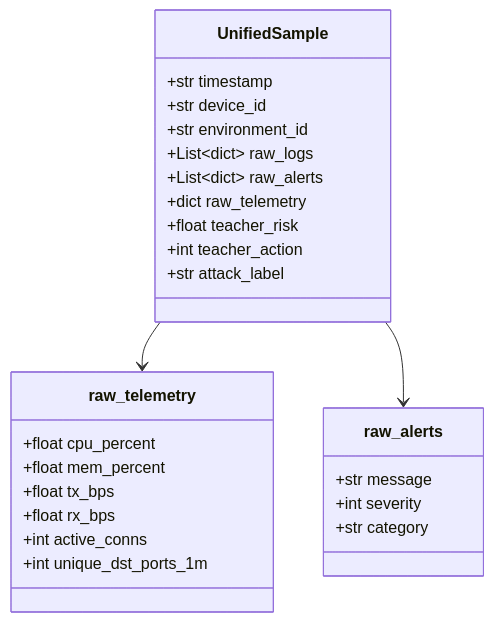
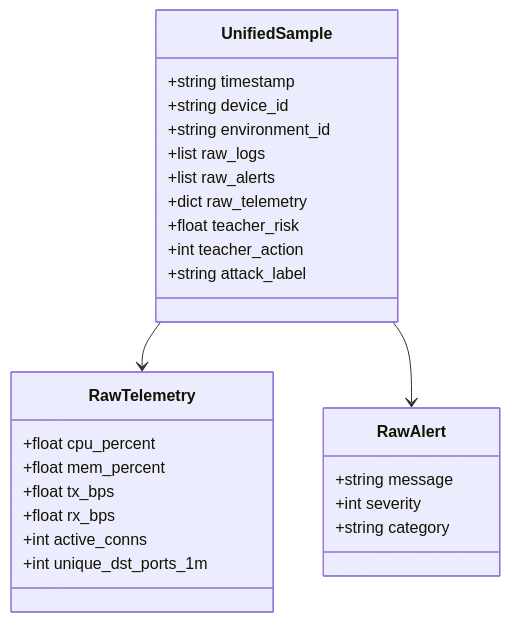
One commit to didi-09/AI_DRIVEN_SOAR changed diagram 12 of 15 in README.md. Above: the diagram before and after it, drawn with Mermaid. The commit also changed other lines of this file, not shown here.

Commit message:
Update fmt.Println message from 'Hello' to 'Goodbye'

````diff
--- a/README.md
+++ b/README.md
@@ -412,32 +378,32 @@
 ```mermaid
 classDiagram
     class UnifiedSample {
-        +str timestamp
-        +str device_id
-        +str environment_id
-        +List~dict~ raw_logs
-        +List~dict~ raw_alerts
+        +string timestamp
+        +string device_id
+        +string environment_id
+        +list raw_logs
+        +list raw_alerts
         +dict raw_telemetry
         +float teacher_risk
         +int teacher_action
-        +str attack_label
+        +string attack_label
     }
 
-    class raw_telemetry {
+    class RawTelemetry {
         +float cpu_percent
         +float mem_percent
         +float tx_bps
         +float rx_bps
         +int active_conns
         +int unique_dst_ports_1m
     }
 
-    class raw_alerts {
-        +str message
+    class RawAlert {
+        +string message
         +int severity
-        +str category
+        +string category
     }
 
-    UnifiedSample --> raw_telemetry
-    UnifiedSample --> raw_alerts
+    UnifiedSample --> RawTelemetry
+    UnifiedSample --> RawAlert
 ```
````
